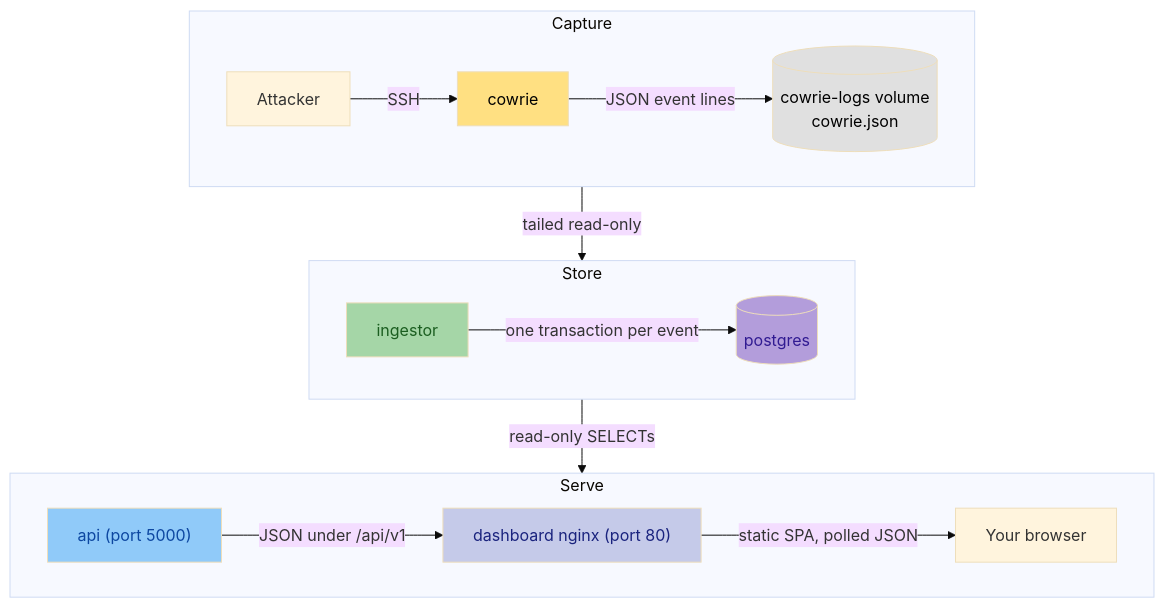
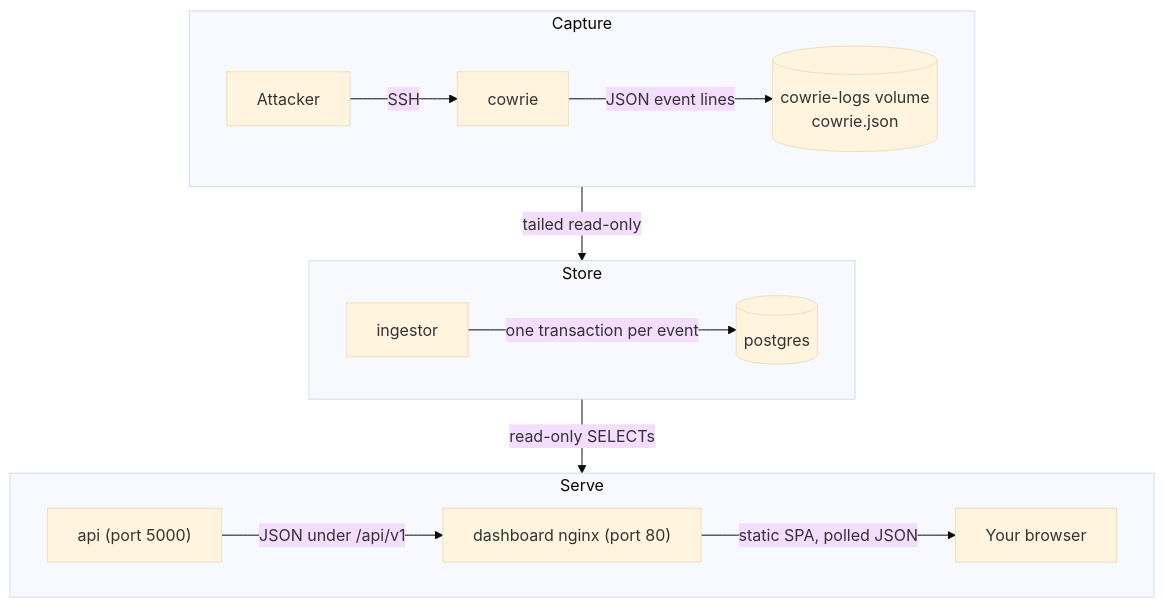
One commit to straightchlorine/honeywatch changed the first of 2 diagrams in docs/architecture/index.md. Above: the diagram before and after it, drawn with Mermaid (base theme). The commit also changed other lines of this file and 48 other files, not shown here.

````diff
--- a/docs/architecture/index.md
+++ b/docs/architecture/index.md
@@ -13,26 +13,19 @@
 ```mermaid
 graph TB
     subgraph capture [Capture]
         direction LR
         ATK[Attacker] -->|"SSH"| COWRIE[cowrie]
         COWRIE -->|"JSON event lines"| LOG[("cowrie-logs volume<br/>cowrie.json")]
     end
     subgraph store [Store]
         direction LR
         ING[ingestor] -->|"one transaction per event"| PG[("postgres")]
     end
     subgraph serve [Serve]
         direction LR
         API["api (port 5000)"] -->|"JSON under /api/v1"| DASH["dashboard nginx (port 80)"]
         DASH -->|"static SPA, polled JSON"| BROWSER[Your browser]
     end
     LOG -->|"tailed read-only"| ING
     PG -->|"read-only SELECTs"| API
-
-    style COWRIE fill:#ffe082,color:#000
-    style LOG fill:#e0e0e0,color:#000
-    style ING fill:#a5d6a7,color:#1b5e20
-    style PG fill:#b39ddb,color:#311b92
-    style API fill:#90caf9,color:#0d47a1
-    style DASH fill:#c5cae9,color:#1a237e
 ```
````
